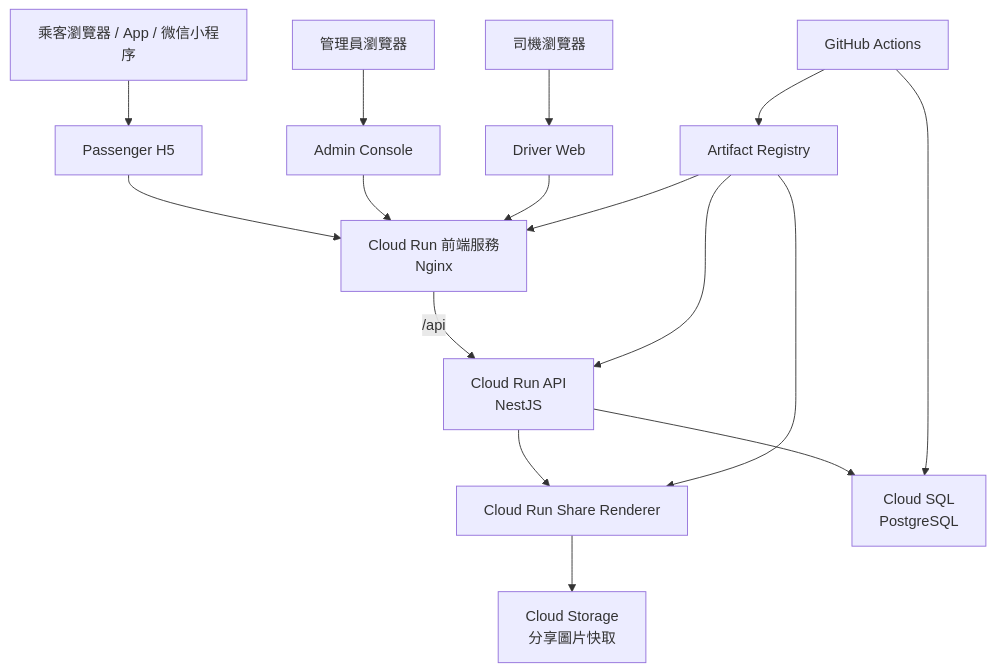
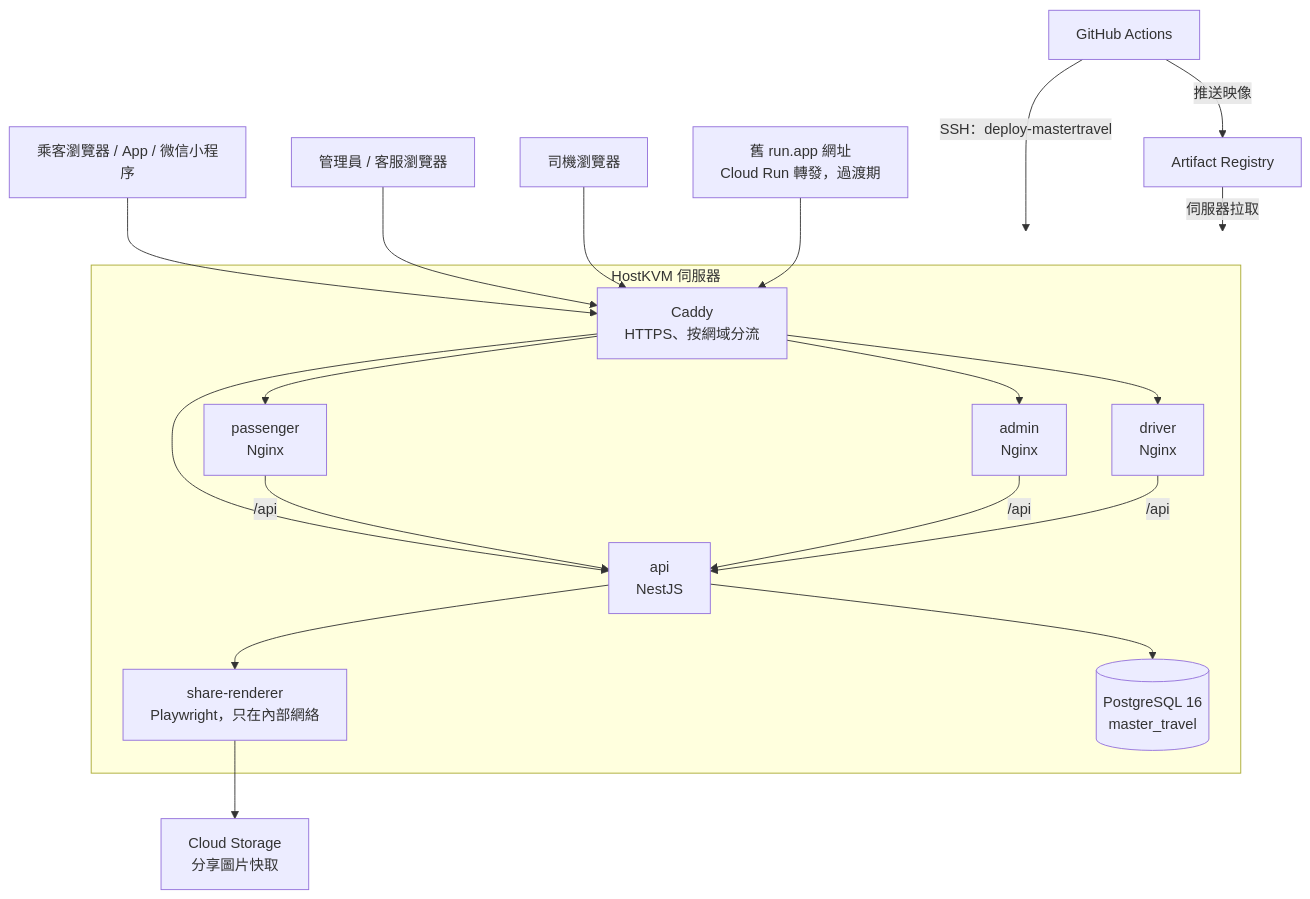
Before and after one commit to masterappIT/master-travel-project: the diagram in docs/PRODUCTION-DEPLOYMENT.md, drawn with Mermaid. The commit also changed other lines of this file and 7 other files, not shown here.

First line of the commit message:
docs: describe production on HostKVM after the Cloud Run move

````diff
--- a/docs/PRODUCTION-DEPLOYMENT.md
+++ b/docs/PRODUCTION-DEPLOYMENT.md
@@ -13,33 +19,39 @@
 ```mermaid
 flowchart TB
     PassengerUser[乘客瀏覽器 / App / 微信小程序]
-    AdminUser[管理員瀏覽器]
+    AdminUser[管理員 / 客服瀏覽器]
     DriverUser[司機瀏覽器]
+    OldURL[舊 run.app 網址<br/>Cloud Run 轉發，過渡期]
 
-    Passenger[Passenger H5]
-    Admin[Admin Console]
-    Driver[Driver Web]
-    FrontendProxy[Cloud Run 前端服務<br/>Nginx]
-    API[Cloud Run API<br/>NestJS]
-    Renderer[Cloud Run Share Renderer]
-    SQL[Cloud SQL<br/>PostgreSQL]
+    subgraph Server[HostKVM 伺服器]
+        Caddy[Caddy<br/>HTTPS、按網域分流]
+        Passenger[passenger<br/>Nginx]
+        Admin[admin<br/>Nginx]
+        Driver[driver<br/>Nginx]
+        API[api<br/>NestJS]
+        Renderer[share-renderer<br/>Playwright，只在內部網絡]
+        DB[(PostgreSQL 16<br/>master_travel)]
+    end
+
     Bucket[Cloud Storage<br/>分享圖片快取]
     Registry[Artifact Registry]
     Actions[GitHub Actions]
 
-    PassengerUser --> Passenger
-    AdminUser --> Admin
-    DriverUser --> Driver
-    Passenger --> FrontendProxy
-    Admin --> FrontendProxy
-    Driver --> FrontendProxy
-    FrontendProxy -->|/api| API
-    API --> SQL
+    PassengerUser --> Caddy
+    AdminUser --> Caddy
+    DriverUser --> Caddy
+    OldURL --> Caddy
+    Caddy --> Passenger
+    Caddy --> Admin
+    Caddy --> Driver
+    Caddy --> API
+    Passenger -->|/api| API
+    Admin -->|/api| API
+    Driver -->|/api| API
+    API --> DB
     API --> Renderer
     Renderer --> Bucket
-    Actions --> Registry
-    Registry --> FrontendProxy
-    Registry --> API
-    Registry --> Renderer
-    Actions --> SQL
+    Actions -->|推送映像| Registry
+    Actions -->|SSH：deploy-mastertravel| Server
+    Registry -->|伺服器拉取| Server
 ```
````
